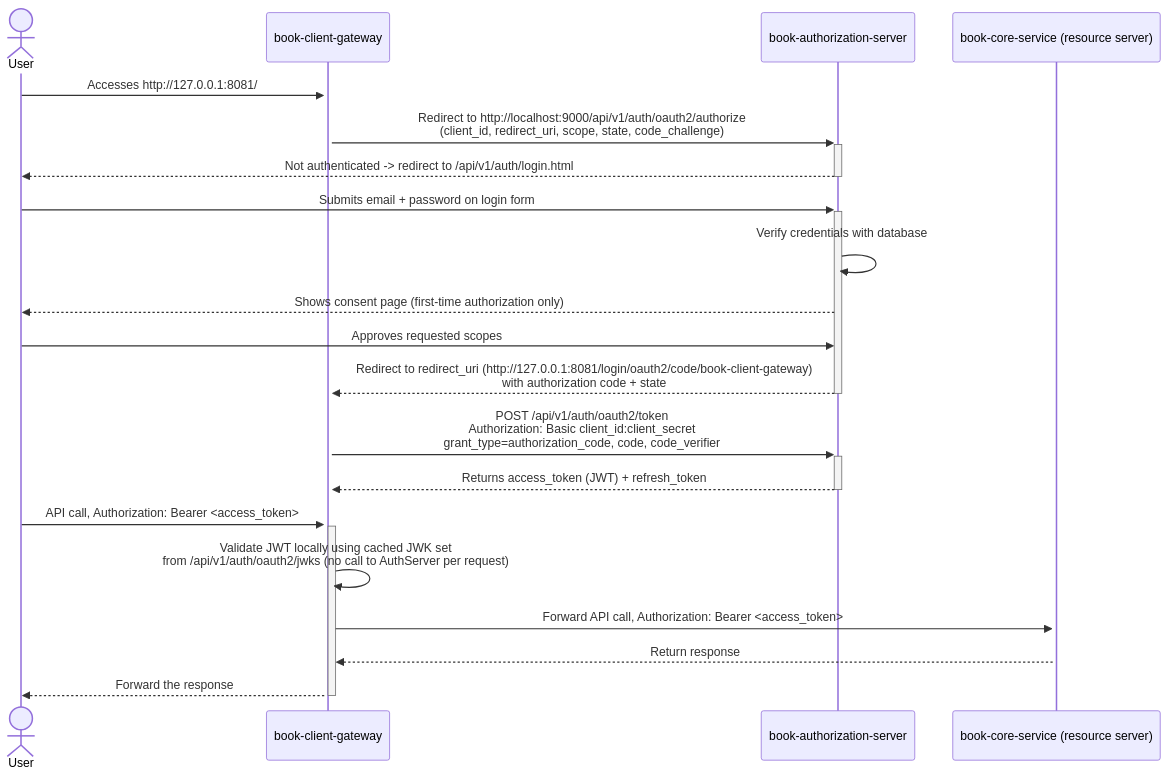
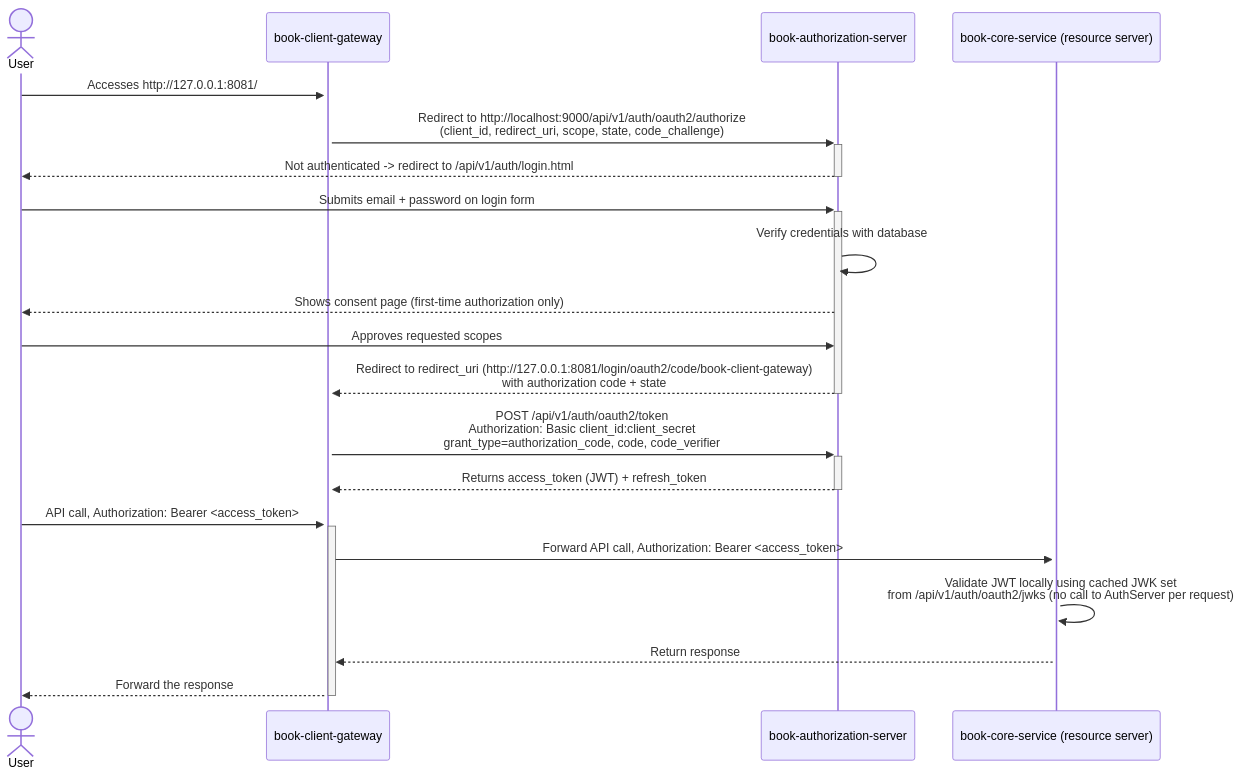
Before and after one commit to tranvo-dev/book-app: the diagram in README.md, drawn with Mermaid. The commit also changed other lines of this file and 6 other files, not shown here.

````diff
--- a/README.md
+++ b/README.md
@@ -66,23 +63,23 @@
 ```mermaid
 sequenceDiagram
     actor User
     participant Gateway as book-client-gateway
     participant AuthServer as book-authorization-server
     participant Core as book-core-service (resource server)
 
     User->>+Gateway: Accesses http://127.0.0.1:8081/
     Gateway->>+AuthServer: Redirect to http://localhost:9000/api/v1/auth/oauth2/authorize<br/>(client_id, redirect_uri, scope, state, code_challenge)
     AuthServer-->>-User: Not authenticated -> redirect to /api/v1/auth/login.html
     User->>+AuthServer: Submits email + password on login form
     AuthServer->>AuthServer: Verify credentials with database<br/>
     AuthServer-->>User: Shows consent page (first-time authorization only)
     User->>AuthServer: Approves requested scopes
     AuthServer-->>-Gateway: Redirect to redirect_uri (http://127.0.0.1:8081/login/oauth2/code/book-client-gateway)<br/>with authorization code + state
     Gateway->>+AuthServer: POST /api/v1/auth/oauth2/token<br/>Authorization: Basic client_id:client_secret<br/>grant_type=authorization_code, code, code_verifier
     AuthServer-->>-Gateway: Returns access_token (JWT) + refresh_token
     User->>+Gateway: API call, Authorization: Bearer <access_token>
-    Gateway->>Gateway:Validate JWT locally using cached JWK set<br/>from /api/v1/auth/oauth2/jwks (no call to AuthServer per request)
     Gateway->>+Core: Forward API call, Authorization: Bearer <access_token>
+    Core->>Core: Validate JWT locally using cached JWK set<br/>from /api/v1/auth/oauth2/jwks (no call to AuthServer per request)
     Core-->>Gateway: Return response
     Gateway-->>-User: Forward the response
 ```
````
